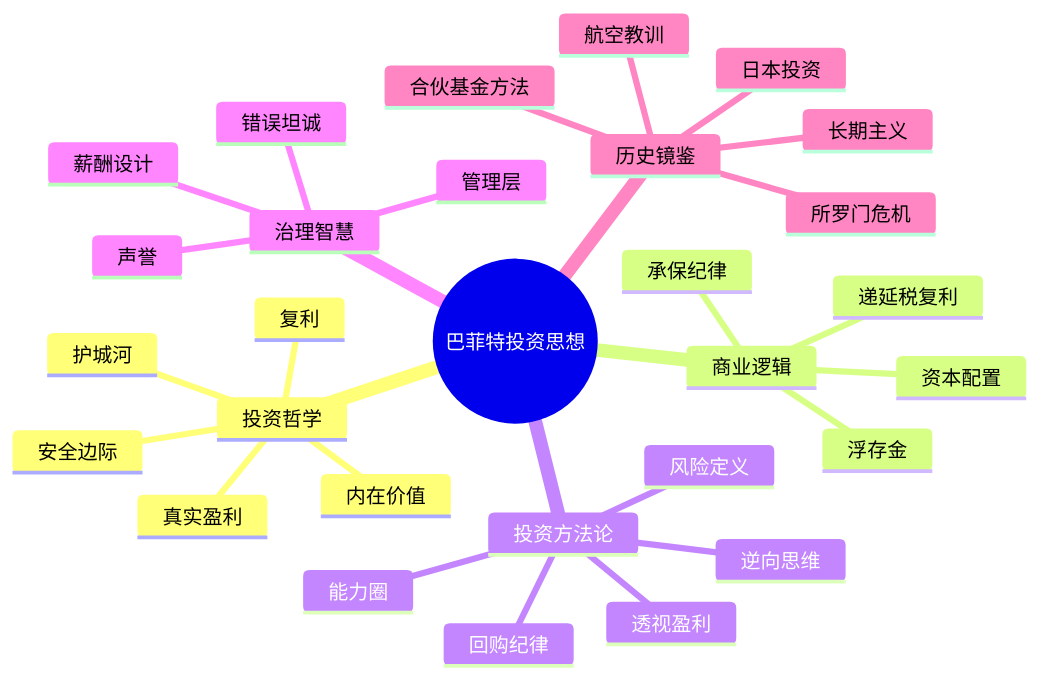
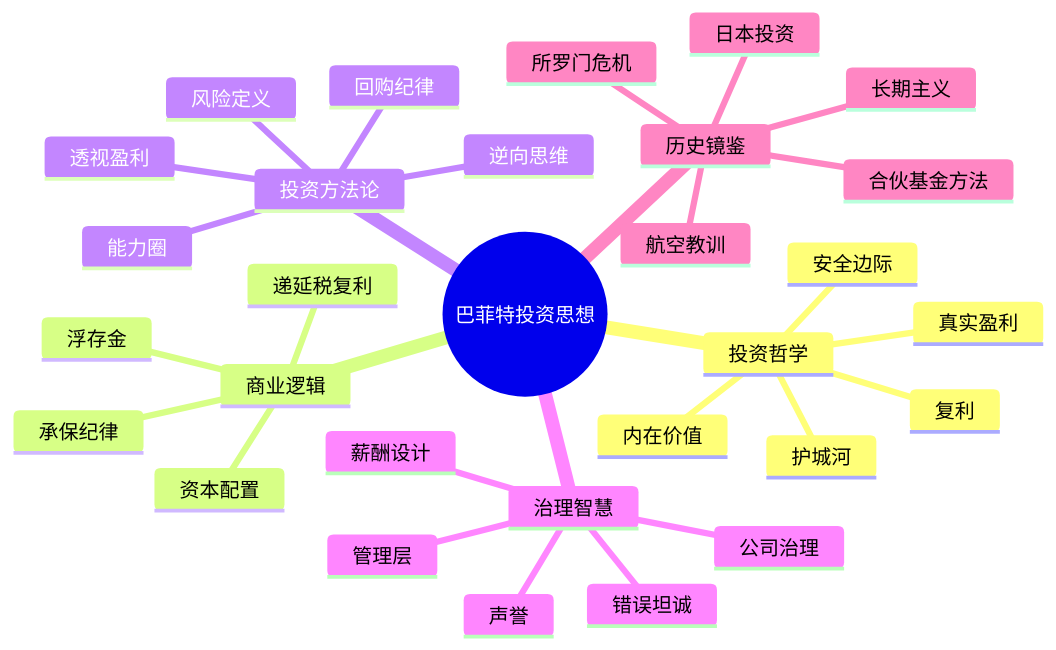
The diagram in docs/02_concepts/index.md (carllhm/buffett-knowledge-base), drawn with Mermaid before and after one commit. The commit also changed other lines of this file and 1 other file, not shown here.

````diff
--- a/docs/02_concepts/index.md
+++ b/docs/02_concepts/index.md
@@ -87,32 +117,33 @@
 ```mermaid
 mindmap
   root((巴菲特投资思想))
     投资哲学
       内在价值
       护城河
       安全边际
       复利
       真实盈利
     商业逻辑
       浮存金
       承保纪律
       资本配置
       递延税复利
     投资方法论
       能力圈
       逆向思维
       透视盈利
       回购纪律
       风险定义
     治理智慧
       管理层
       薪酬设计
       错误坦诚
       声誉
+      公司治理
     历史镜鉴
       航空教训
       所罗门危机
       日本投资
       长期主义
       合伙基金方法
 ```
````
